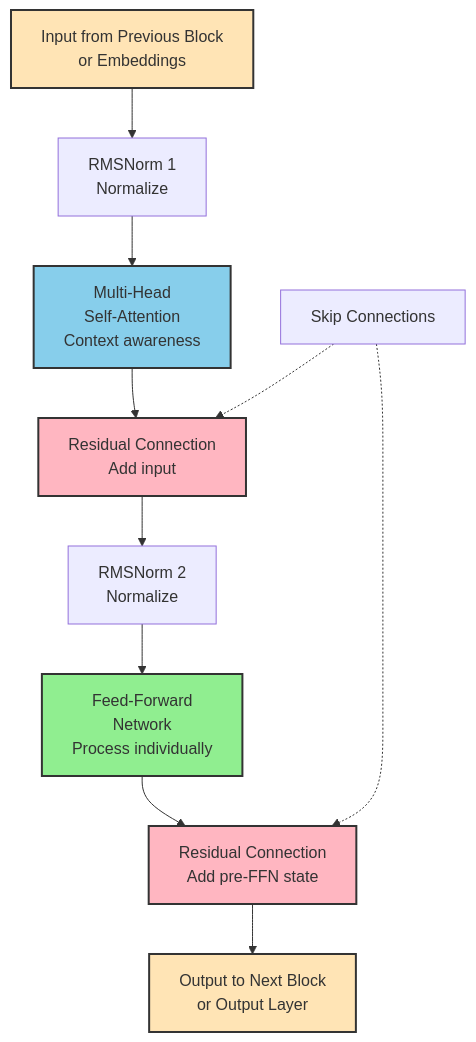
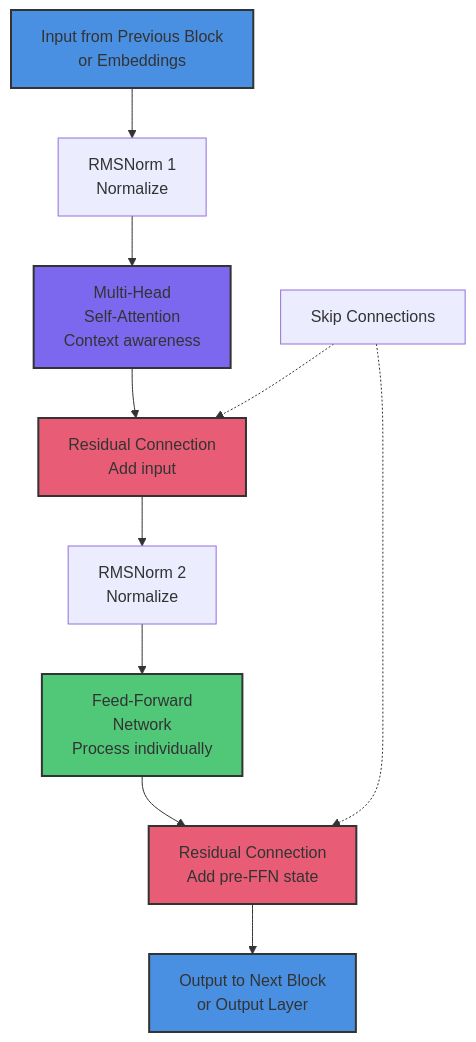
One commit to tenstorrent/tt-vscode-toolkit changed the second of 13 diagrams in content/lessons/ct7-architecture-basics.md. Above: the diagram before and after it, drawn with Mermaid. The commit also changed other lines of this file and 9 other files, not shown here.

````diff
--- a/content/lessons/ct7-architecture-basics.md
+++ b/content/lessons/ct7-architecture-basics.md
@@ -85,20 +85,20 @@
 ```mermaid
 graph TD
     A[Input from Previous Block<br/>or Embeddings] --> B[RMSNorm 1<br/>Normalize]
     B --> C[Multi-Head<br/>Self-Attention<br/>Context awareness]
     C --> D[Residual Connection<br/>Add input]
     D --> E[RMSNorm 2<br/>Normalize]
     E --> F[Feed-Forward<br/>Network<br/>Process individually]
     F --> G[Residual Connection<br/>Add pre-FFN state]
     G --> H[Output to Next Block<br/>or Output Layer]
 
     I[Skip Connections] -.-> D
     I -.-> G
 
-    style A fill:#FFE4B5,stroke:#333,stroke-width:2px
-    style C fill:#87CEEB,stroke:#333,stroke-width:2px
-    style F fill:#90EE90,stroke:#333,stroke-width:2px
-    style H fill:#FFE4B5,stroke:#333,stroke-width:2px
-    style D fill:#FFB6C1,stroke:#333,stroke-width:2px
-    style G fill:#FFB6C1,stroke:#333,stroke-width:2px
+    style A fill:#4A90E2,stroke:#333,stroke-width:2px
+    style C fill:#7B68EE,stroke:#333,stroke-width:2px
+    style F fill:#50C878,stroke:#333,stroke-width:2px
+    style H fill:#4A90E2,stroke:#333,stroke-width:2px
+    style D fill:#E85D75,stroke:#333,stroke-width:2px
+    style G fill:#E85D75,stroke:#333,stroke-width:2px
 ```
````
